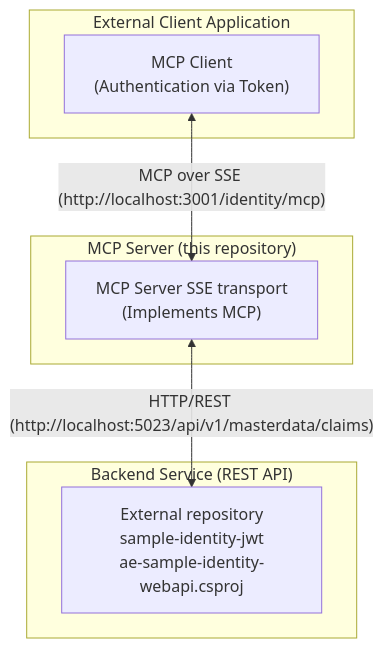
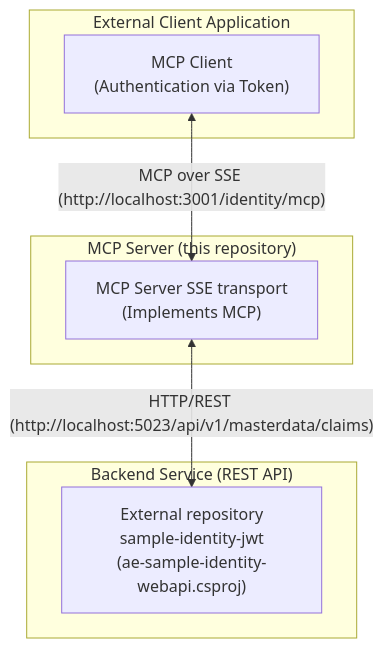
One commit to ISubkowskI/ae-poc-identity-mcpsrv changed the diagram in README.md. Above: the diagram before and after it, drawn with Mermaid.

Commit message:
Update README 4

````diff
--- a/README.md
+++ b/README.md
@@ -11,17 +11,17 @@
 ```mermaid
 graph TD
     subgraph "External Client Application"
         lblMCPClient["MCP Client<br/>(Authentication via Token)"]
     end
 
     subgraph "MCP Server (this repository)"
         lblMCPServer["MCP Server SSE transport<br/>(Implements MCP)"]
     end
 
     subgraph "Backend Service (REST API)"
-        lblBackendService["External repository<br/>sample-identity-jwt<br/>ae-sample-identity-webapi.csproj"]
+        lblBackendService["External repository<br/>sample-identity-jwt<br/>(ae-sample-identity-webapi.csproj)"]
     end
 
     lblMCPClient -- "MCP over SSE (http://localhost:3001/identity/mcp)" <--> lblMCPServer
     lblMCPServer -- "HTTP/REST (http://localhost:5023/api/v1/masterdata/claims)" <--> lblBackendService
 ```
````
